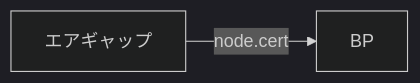
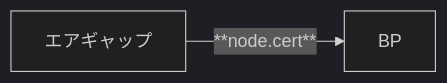
Before and after one commit to btbf/spojapanguild: the second of 2 diagrams in docs/operation/kes-update.md, drawn with Mermaid (dark theme). The commit also changed other lines of this file and 4 other files, not shown here.

````diff
--- a/docs/operation/kes-update.md
+++ b/docs/operation/kes-update.md
@@ -200,4 +203,4 @@
-    ``` mermaid
+    ```mermaid
     graph LR
-        A[エアギャップ] -->|node.cert| B[BP];
+        A[エアギャップ] -->|**node.cert**| B[BP];
     ``` 
````
